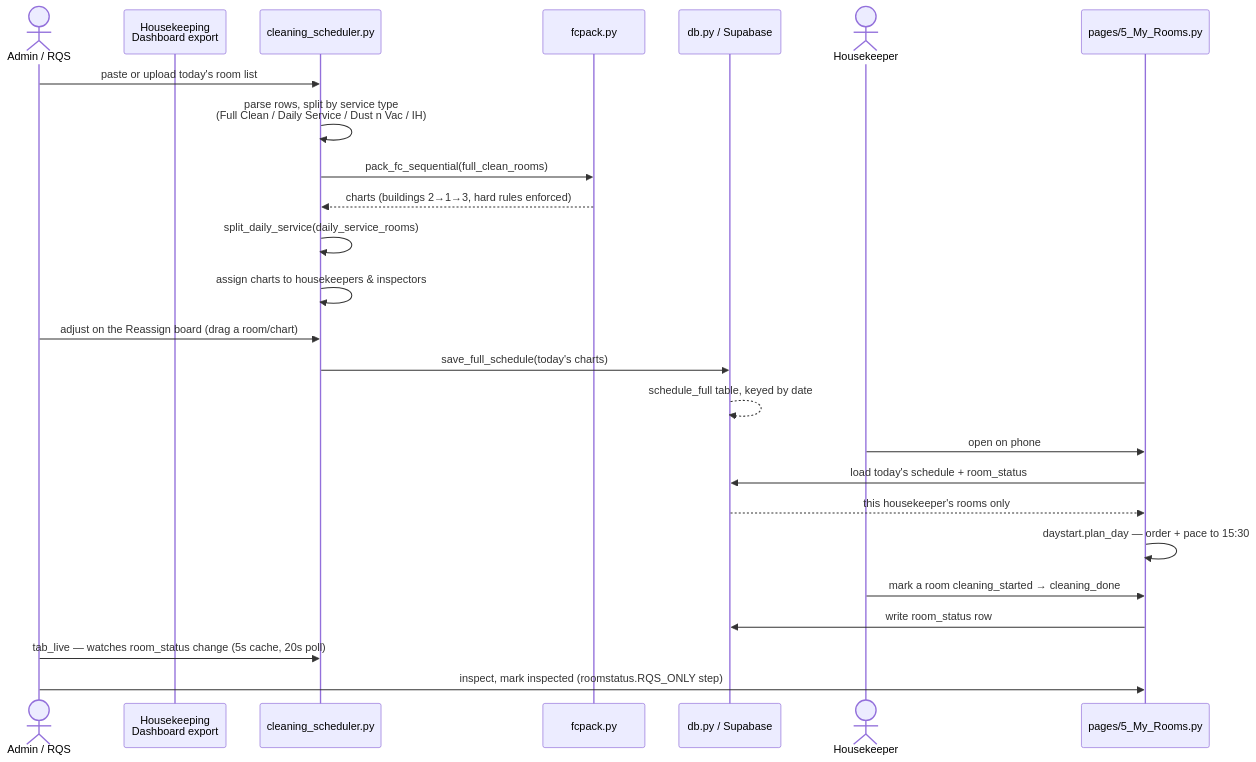
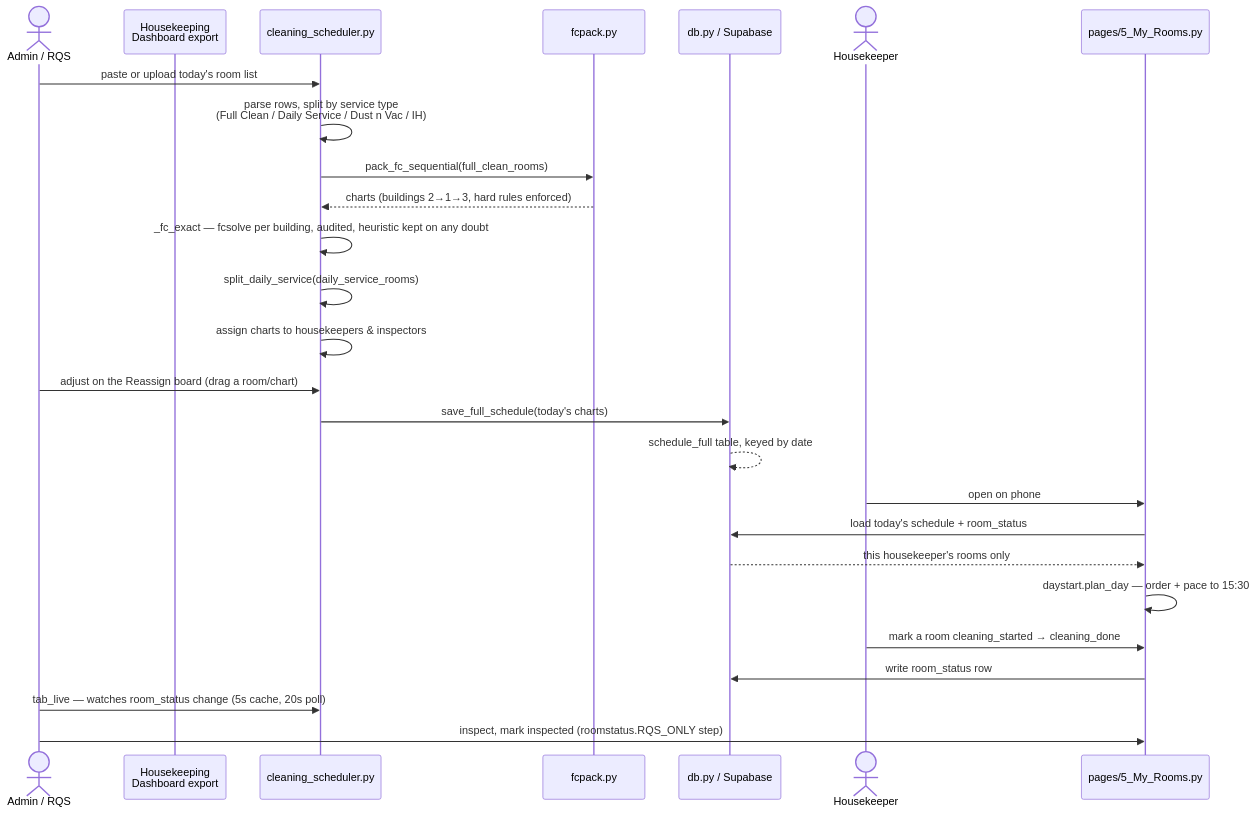
One commit to hari-94/BGV-Scheduling changed the second of 2 diagrams in ARCHITECTURE.md. Above: the diagram before and after it, drawn with Mermaid. The commit also changed other lines of this file and 4 other files, not shown here.

````diff
--- a/ARCHITECTURE.md
+++ b/ARCHITECTURE.md
@@ -156,29 +159,30 @@
 ```mermaid
 sequenceDiagram
     actor RQS as Admin / RQS
     participant XL as Housekeeping<br/>Dashboard export
     participant CS as cleaning_scheduler.py
     participant FCP as fcpack.py
     participant DB as db.py / Supabase
     actor HK as Housekeeper
     participant MR as pages/5_My_Rooms.py
 
     RQS->>CS: paste or upload today's room list
     CS->>CS: parse rows, split by service type<br/>(Full Clean / Daily Service / Dust n Vac / IH)
     CS->>FCP: pack_fc_sequential(full_clean_rooms)
     FCP-->>CS: charts (buildings 2→1→3, hard rules enforced)
+    CS->>CS: _fc_exact — fcsolve per building, audited, heuristic kept on any doubt
     CS->>CS: split_daily_service(daily_service_rooms)
     CS->>CS: assign charts to housekeepers & inspectors
     RQS->>CS: adjust on the Reassign board (drag a room/chart)
     CS->>DB: save_full_schedule(today's charts)
     DB-->>DB: schedule_full table, keyed by date
 
     HK->>MR: open on phone
     MR->>DB: load today's schedule + room_status
     DB-->>MR: this housekeeper's rooms only
     MR->>MR: daystart.plan_day — order + pace to 15:30
     HK->>MR: mark a room cleaning_started → cleaning_done
     MR->>DB: write room_status row
     RQS->>CS: tab_live — watches room_status change (5s cache, 20s poll)
     RQS->>MR: inspect, mark inspected (roomstatus.RQS_ONLY step)
 ```
````
